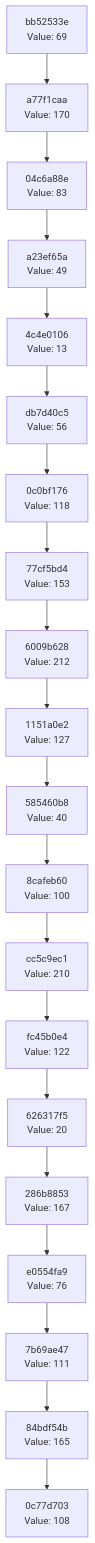
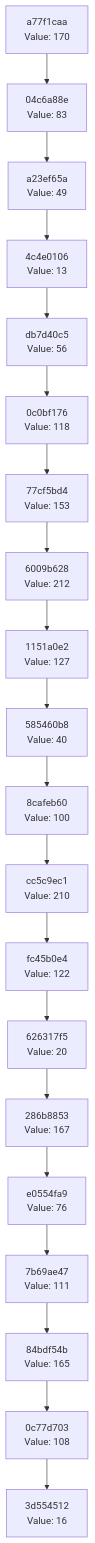
The diagram in docs/CHAIN_VISUALIZATION.md (Abhisheksinha1506/hash-chain-evolver), drawn with Mermaid before and after one commit. The commit also changed 2 other files, not shown here.

Commit message:
Evolution step: hash 0x10 → action executed

````diff
--- a/docs/CHAIN_VISUALIZATION.md
+++ b/docs/CHAIN_VISUALIZATION.md
@@ -3,42 +3,42 @@
 ```mermaid
 graph TD
-    C0["0c77d703<br/>Value: 108"]
-    C1["84bdf54b<br/>Value: 165"]
+    C0["3d554512<br/>Value: 16"]
+    C1["0c77d703<br/>Value: 108"]
     C1 --> C0
-    C2["7b69ae47<br/>Value: 111"]
+    C2["84bdf54b<br/>Value: 165"]
     C2 --> C1
-    C3["e0554fa9<br/>Value: 76"]
+    C3["7b69ae47<br/>Value: 111"]
     C3 --> C2
-    C4["286b8853<br/>Value: 167"]
+    C4["e0554fa9<br/>Value: 76"]
     C4 --> C3
-    C5["626317f5<br/>Value: 20"]
+    C5["286b8853<br/>Value: 167"]
     C5 --> C4
-    C6["fc45b0e4<br/>Value: 122"]
+    C6["626317f5<br/>Value: 20"]
     C6 --> C5
-    C7["cc5c9ec1<br/>Value: 210"]
+    C7["fc45b0e4<br/>Value: 122"]
     C7 --> C6
-    C8["8cafeb60<br/>Value: 100"]
+    C8["cc5c9ec1<br/>Value: 210"]
     C8 --> C7
-    C9["585460b8<br/>Value: 40"]
+    C9["8cafeb60<br/>Value: 100"]
     C9 --> C8
-    C10["1151a0e2<br/>Value: 127"]
+    C10["585460b8<br/>Value: 40"]
     C10 --> C9
-    C11["6009b628<br/>Value: 212"]
+    C11["1151a0e2<br/>Value: 127"]
     C11 --> C10
-    C12["77cf5bd4<br/>Value: 153"]
+    C12["6009b628<br/>Value: 212"]
     C12 --> C11
-    C13["0c0bf176<br/>Value: 118"]
+    C13["77cf5bd4<br/>Value: 153"]
     C13 --> C12
-    C14["db7d40c5<br/>Value: 56"]
+    C14["0c0bf176<br/>Value: 118"]
     C14 --> C13
-    C15["4c4e0106<br/>Value: 13"]
+    C15["db7d40c5<br/>Value: 56"]
     C15 --> C14
-    C16["a23ef65a<br/>Value: 49"]
+    C16["4c4e0106<br/>Value: 13"]
     C16 --> C15
-    C17["04c6a88e<br/>Value: 83"]
+    C17["a23ef65a<br/>Value: 49"]
     C17 --> C16
-    C18["a77f1caa<br/>Value: 170"]
+    C18["04c6a88e<br/>Value: 83"]
     C18 --> C17
-    C19["bb52533e<br/>Value: 69"]
+    C19["a77f1caa<br/>Value: 170"]
     C19 --> C18
 ```
````
